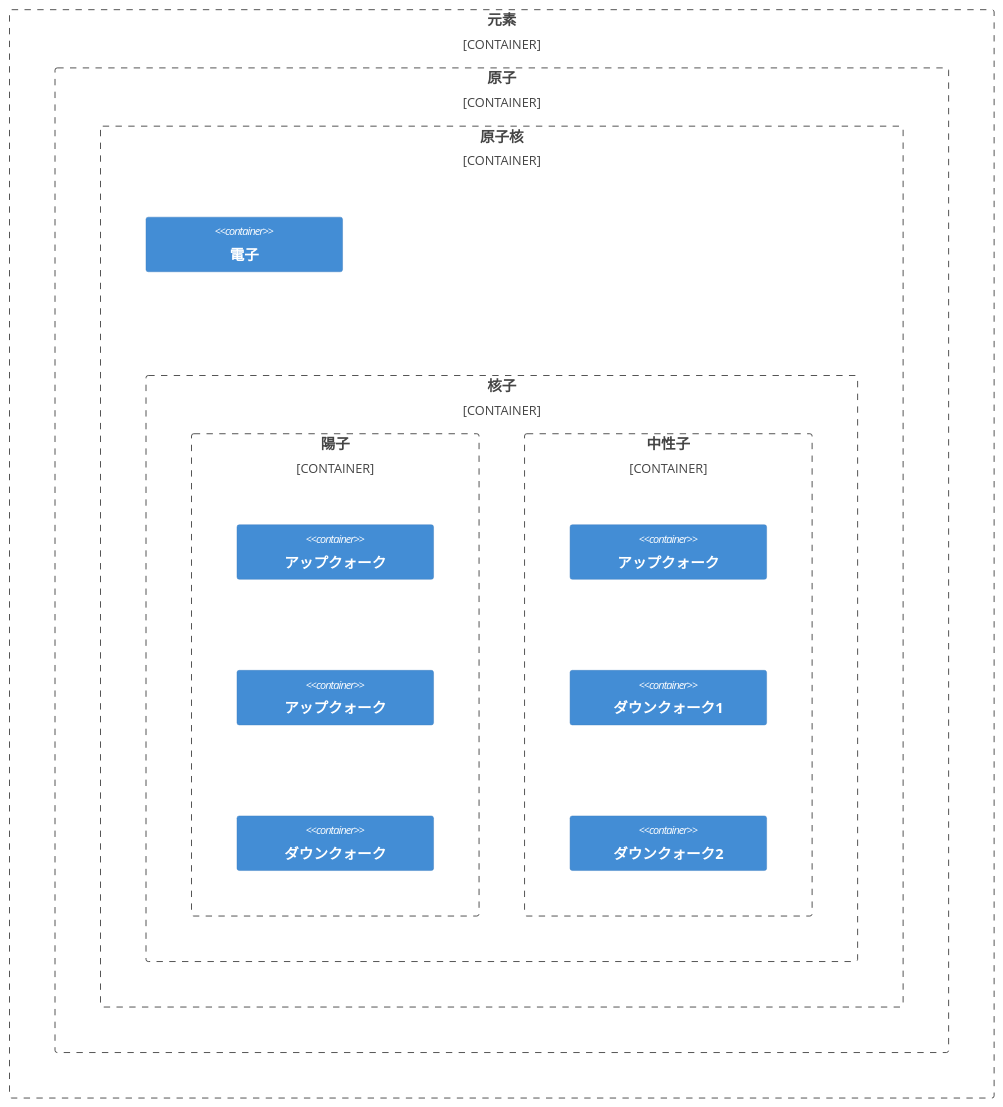
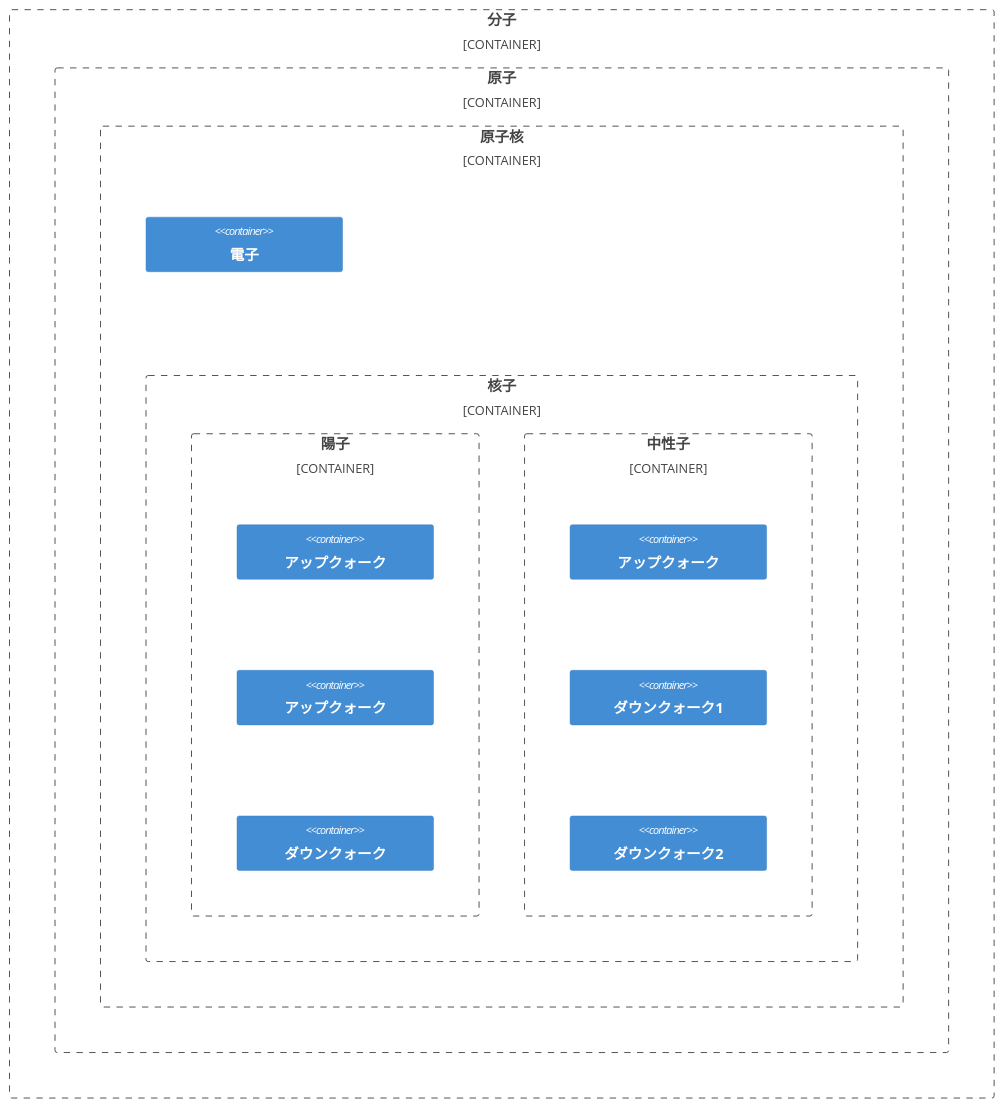
One commit to GOAMI-Takaaki/physics changed the diagram in Material.md. Above: the diagram before and after it, drawn with Mermaid. The commit also changed other lines of this file and 4 other files, not shown here.

````diff
--- a/Material.md
+++ b/Material.md
@@ -3,24 +6,24 @@
 ```mermaid
 C4Component
 
-Container_Boundary(element, "元素") {
+Container_Boundary(molecule, "分子") {
   Container_Boundary(atom, "原子") {
     Container_Boundary(atomicNucleus, "原子核") {
       Container_Boundary(nucleon, "核子") {
         Container_Boundary(proton, "陽子") {
           Container(protonUpTypeQuark1, "アップクォーク")
           Container(protonUpTypeQuark2, "アップクォーク")
           Container(protonDownTypeQuark1, "ダウンクォーク")
         }
         Container_Boundary(neutron, "中性子") {
           Container(neutonUpTypeQuark1, "アップクォーク")
           Container(neutonDownTypeQuark1, "ダウンクォーク1")
           Container(neutonDownTypeQuark2, "ダウンクォーク2")
         }
       }
       Container(atomElectron, "電子")
     }
   }
 }
 
 ```
````
